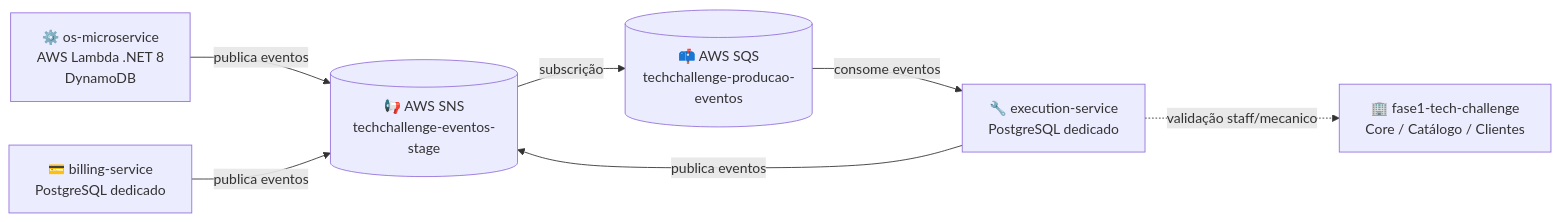
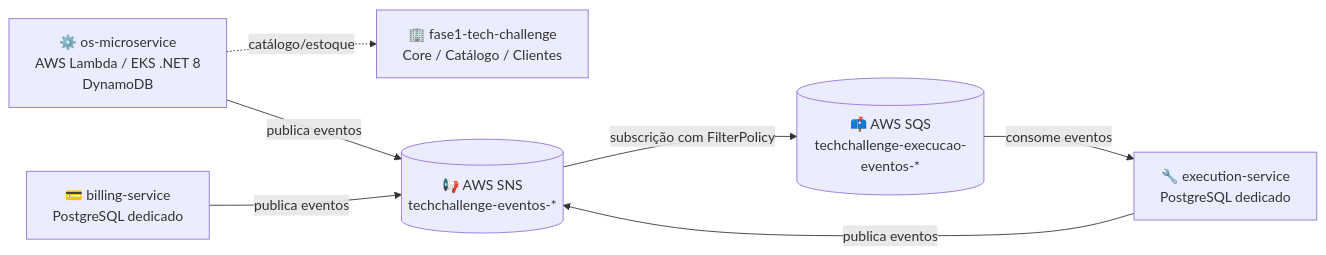
Before and after one commit to SOAT-FIAP-2026/execution-service: the first of 2 diagrams in README.md, drawn with Mermaid. The commit also changed other lines of this file, not shown here.

Commit message:
docs: add architecture, saga pattern, and tech stack details to README

````diff
--- a/README.md
+++ b/README.md
@@ -15,16 +16,16 @@
 ```mermaid
 flowchart LR
-    OS["⚙️ os-microservice<br/>AWS Lambda .NET 8<br/>DynamoDB"]
+    OS["⚙️ os-microservice<br/>AWS Lambda / EKS .NET 8<br/>DynamoDB"]
     BILL["💳 billing-service<br/>PostgreSQL dedicado"]
     EXEC["🔧 execution-service<br/>PostgreSQL dedicado"]
     CORE["🏢 fase1-tech-challenge<br/>Core / Catálogo / Clientes"]
-    SNS[("📢 AWS SNS<br/>techchallenge-eventos-stage")]
-    SQS[("📫 AWS SQS<br/>techchallenge-producao-eventos")]
+    SNS[("📢 AWS SNS<br/>techchallenge-eventos-*")]
+    SQS[("📫 AWS SQS<br/>techchallenge-execucao-eventos-*")]
 
     OS -->|publica eventos| SNS
     BILL -->|publica eventos| SNS
     EXEC -->|publica eventos| SNS
-    SNS -->|subscrição| SQS
+    SNS -->|subscrição com FilterPolicy| SQS
     SQS -->|consome eventos| EXEC
-    EXEC -.->|validação staff/mecanico| CORE
+    OS -.->|catálogo/estoque| CORE
 ```
````
